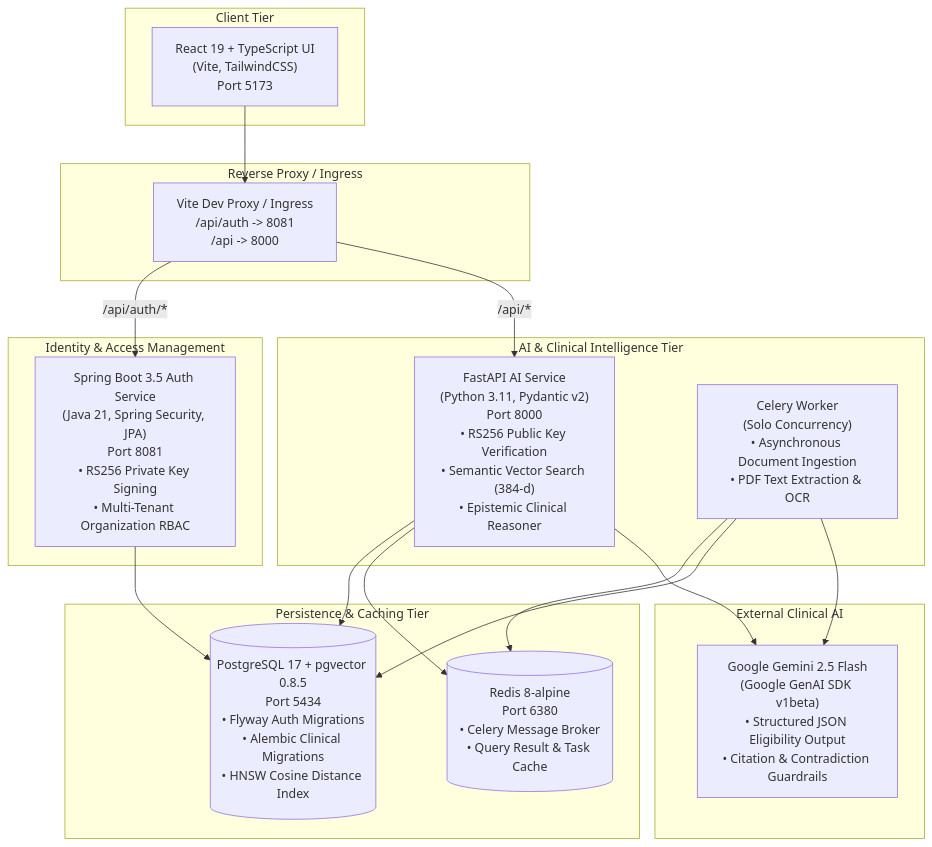
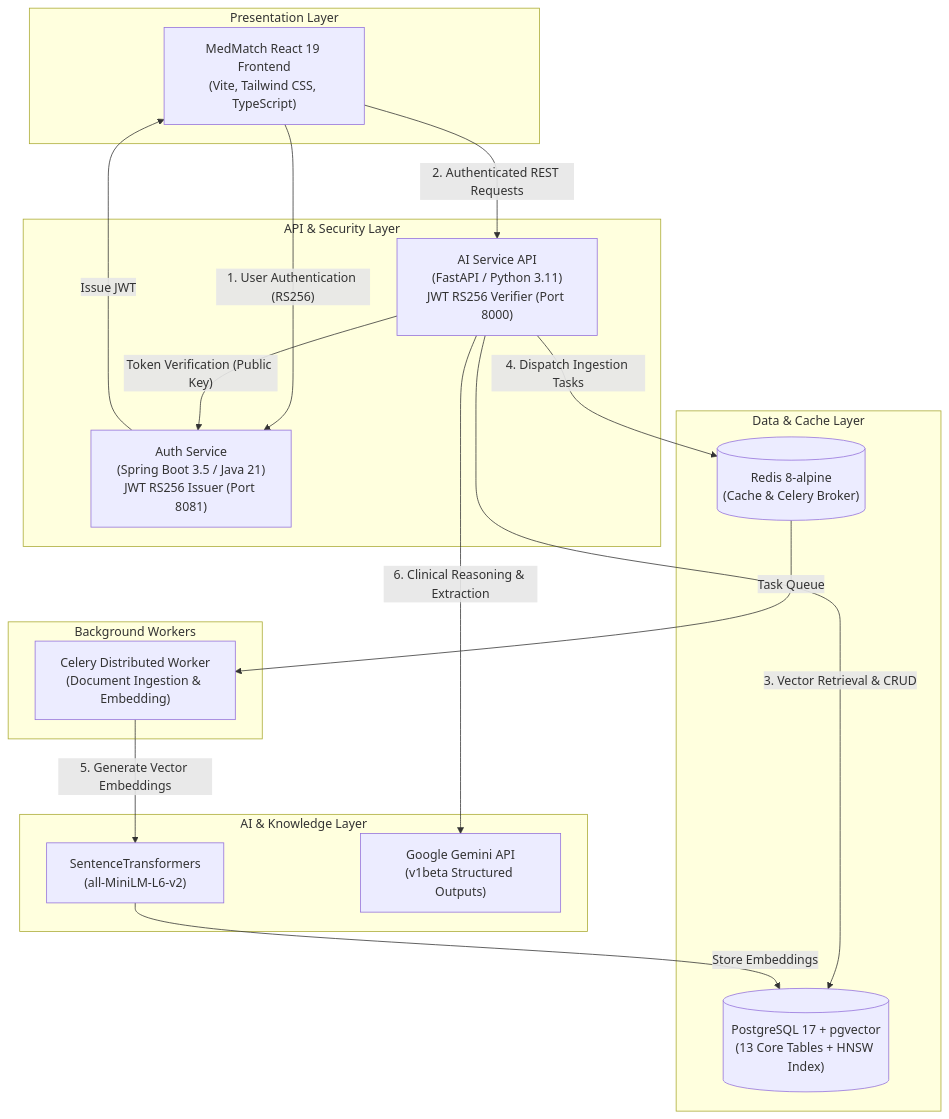
Before and after one commit to snehapriy958/medmatch: the diagram in README.md, drawn with Mermaid. The commit also changed other lines of this file and 1 other file, not shown here.

Commit message:
docs: add comprehensive MedMatch V2 architecture, setup guide, and .env.example

````diff
--- a/README.md
+++ b/README.md
@@ -9,39 +72,36 @@
 ```mermaid
 flowchart TD
-    subgraph Client["Client Tier"]
-        UI["React 19 + TypeScript UI\n(Vite, TailwindCSS)\nPort 5173"]
+    subgraph Client["Presentation Layer"]
+        UI["MedMatch React 19 Frontend<br/>(Vite, Tailwind CSS, TypeScript)"]
     end
 
-    subgraph Edge["Reverse Proxy / Ingress"]
-        ViteProxy["Vite Dev Proxy / Ingress\n/api/auth -> 8081\n/api -> 8000"]
+    subgraph Gateway["API & Security Layer"]
+        AUTH["Auth Service<br/>(Spring Boot 3.5 / Java 21)<br/>JWT RS256 Issuer (Port 8081)"]
+        AI["AI Service API<br/>(FastAPI / Python 3.11)<br/>JWT RS256 Verifier (Port 8000)"]
     end
 
-    subgraph Auth["Identity & Access Management"]
-        AuthService["Spring Boot 3.5 Auth Service\n(Java 21, Spring Security, JPA)\nPort 8081\n• RS256 Private Key Signing\n• Multi-Tenant Organization RBAC"]
+    subgraph Data["Data & Cache Layer"]
+        PG[("PostgreSQL 17 + pgvector<br/>(13 Core Tables + HNSW Index)")]
+        REDIS[("Redis 8-alpine<br/>(Cache & Celery Broker)")]
     end
 
-    subgraph AI["AI & Clinical Intelligence Tier"]
-        AIService["FastAPI AI Service\n(Python 3.11, Pydantic v2)\nPort 8000\n• RS256 Public Key Verification\n• Semantic Vector Search (384-d)\n• Epistemic Clinical Reasoner"]
-        Worker["Celery Worker\n(Solo Concurrency)\n• Asynchronous Document Ingestion\n• PDF Text Extraction & OCR"]
+    subgraph Async["Background Workers"]
+        CELERY["Celery Distributed Worker<br/>(Document Ingestion & Embedding)"]
     end
 
-    subgraph Data["Persistence & Caching Tier"]
-        DB[("PostgreSQL 17 + pgvector 0.8.5\nPort 5434\n• Flyway Auth Migrations\n• Alembic Clinical Migrations\n• HNSW Cosine Distance Index")]
-        RedisStore[("Redis 8-alpine\nPort 6380\n• Celery Message Broker\n• Query Result & Task Cache")]
+    subgraph Intelligence["AI & Knowledge Layer"]
+        EMBED["SentenceTransformers<br/>(all-MiniLM-L6-v2)"]
+        GEMINI["Google Gemini API<br/>(v1beta Structured Outputs)"]
     end
 
-    subgraph External["External Clinical AI"]
-        Gemini["Google Gemini 2.5 Flash\n(Google GenAI SDK v1beta)\n• Structured JSON Eligibility Output\n• Citation & Contradiction Guardrails"]
-    end
-
-    UI --> ViteProxy
-    ViteProxy -->|"/api/auth/*"| AuthService
-    ViteProxy -->|"/api/*"| AIService
-    AuthService --> DB
-    AIService --> DB
-    AIService --> RedisStore
-    AIService --> Gemini
-    Worker --> RedisStore
-    Worker --> DB
-    Worker --> Gemini
+    UI -->|"1. User Authentication (RS256)"| AUTH
+    AUTH -->|"Issue JWT"| UI
+    UI -->|"2. Authenticated REST Requests"| AI
+    AI -->|"Token Verification (Public Key)"| AUTH
+    AI -->|"3. Vector Retrieval & CRUD"| PG
+    AI -->|"4. Dispatch Ingestion Tasks"| REDIS
+    REDIS -->|"Task Queue"| CELERY
+    CELERY -->|"5. Generate Vector Embeddings"| EMBED
+    EMBED -->|"Store Embeddings"| PG
+    AI -->|"6. Clinical Reasoning & Extraction"| GEMINI
 ```
````
